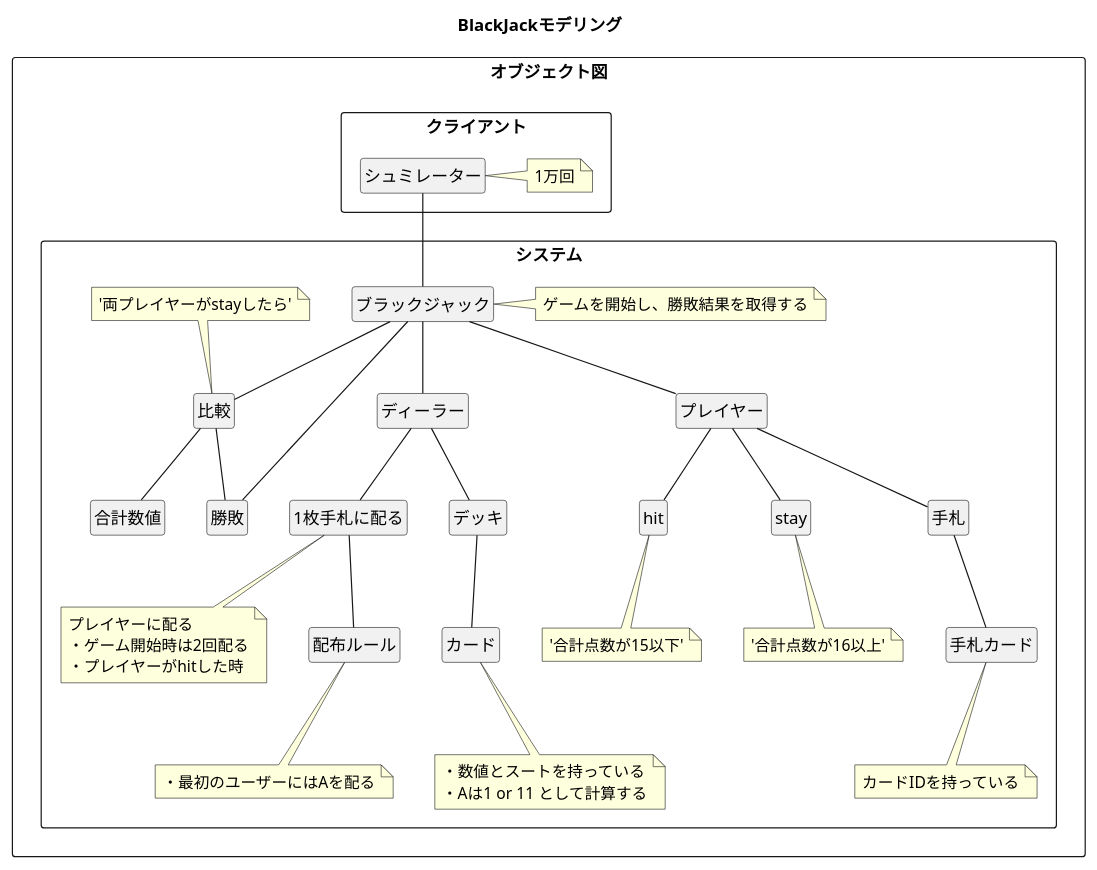
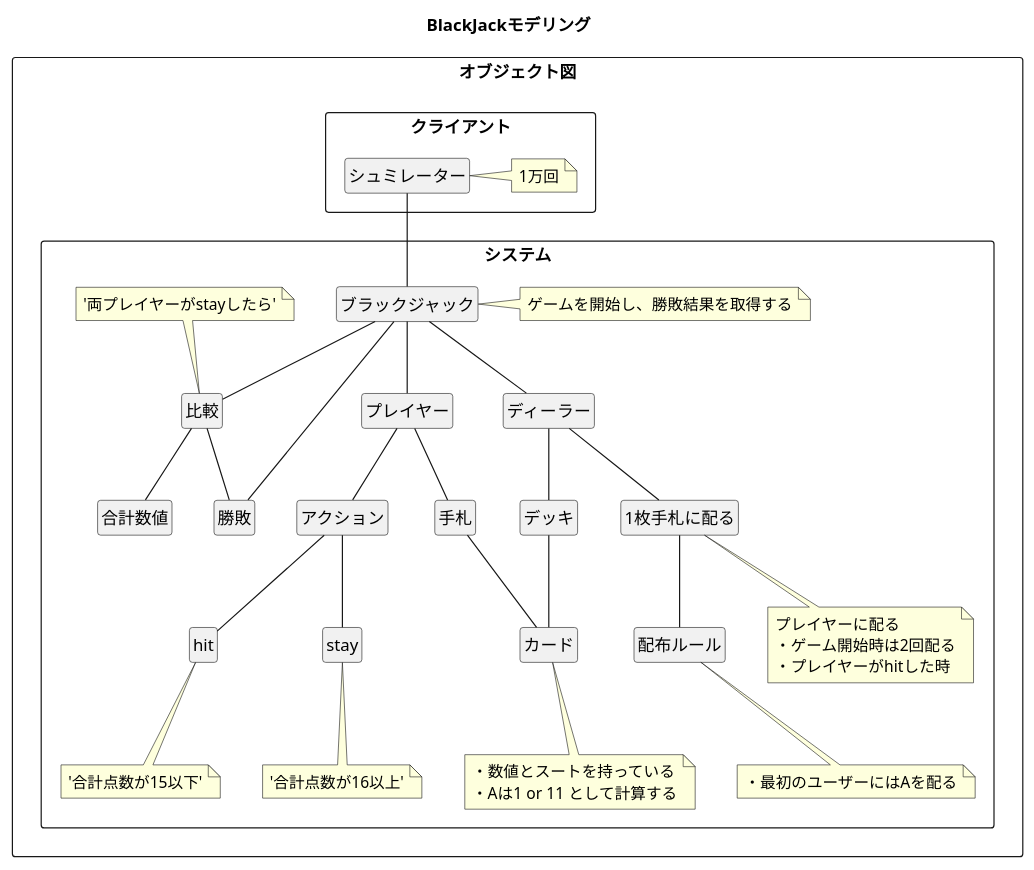
The diagram in docs/概念図.pu (yukimasa/blackjack), drawn with PlantUML before and after one commit. The commit also changed 3 other files, not shown here.

Commit message:
fix: 概念図とクラス図の修正 ver4

```diff
--- a/docs/概念図.pu
+++ b/docs/概念図.pu
@@ -1,73 +1,74 @@
 @startuml
 ' left to right direction
 title BlackJackモデリング
 
 hide empty circle
 hide empty members
 
 rectangle オブジェクト図 {
   rectangle クライアント {
     class シュミレーター
     note right: 1万回
   }
 
   rectangle システム {
     class ブラックジャック
     note right of ブラックジャック
       ゲームを開始し、勝敗結果を取得する
     endnote
     class ディーラー
     class プレイヤー
     class デッキ
     class カード
     note bottom of カード
       ・数値とスートを持っている
       ・Aは1 or 11 として計算する
     endnote
     class 手札
-    class 手札カード
-    note bottom of 手札カード
-      カードIDを持っている
-    endnote
+    class アクション
     class hit
     note bottom: '合計点数が15以下'
     class stay
     note bottom: '合計点数が16以上'
     class 合計数値
     class 比較
     note top: '両プレイヤーがstayしたら'
     class 勝敗
 
     class 1枚手札に配る
     note bottom of 1枚手札に配る
       プレイヤーに配る
       ・ゲーム開始時は2回配る
       ・プレイヤーがhitした時
     endnote
     class 配布ルール
     note bottom of 配布ルール
       ・最初のユーザーにはAを配る
     endnote
   }
   シュミレーター -- ブラックジャック
   ブラックジャック -- ディーラー
   ブラックジャック -- プレイヤー
   ブラックジャック -- 比較
   ブラックジャック -- 勝敗
 
   比較 -- 勝敗
   比較 -- 合計数値
 
   プレイヤー -- 手札
-  プレイヤー -- hit
-  プレイヤー -- stay
+  プレイヤー -- アクション
+
+  手札 -- カード
+
+  アクション -- hit
+  アクション -- stay
 
   ディーラー -- デッキ
   ディーラー -- 1枚手札に配る
+
   1枚手札に配る -- 配布ルール
 
-  手札カード -up- 手札
   カード -up- デッキ
 }
 
 @enduml
```
